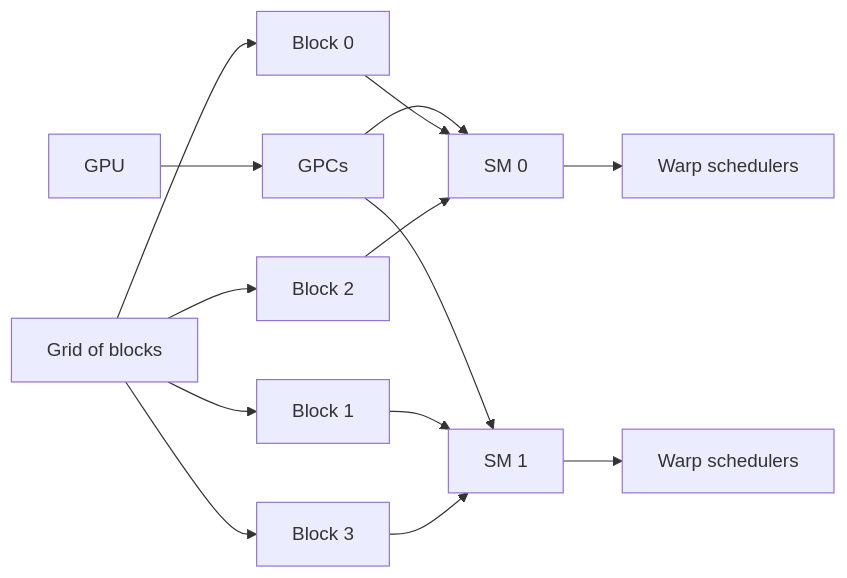
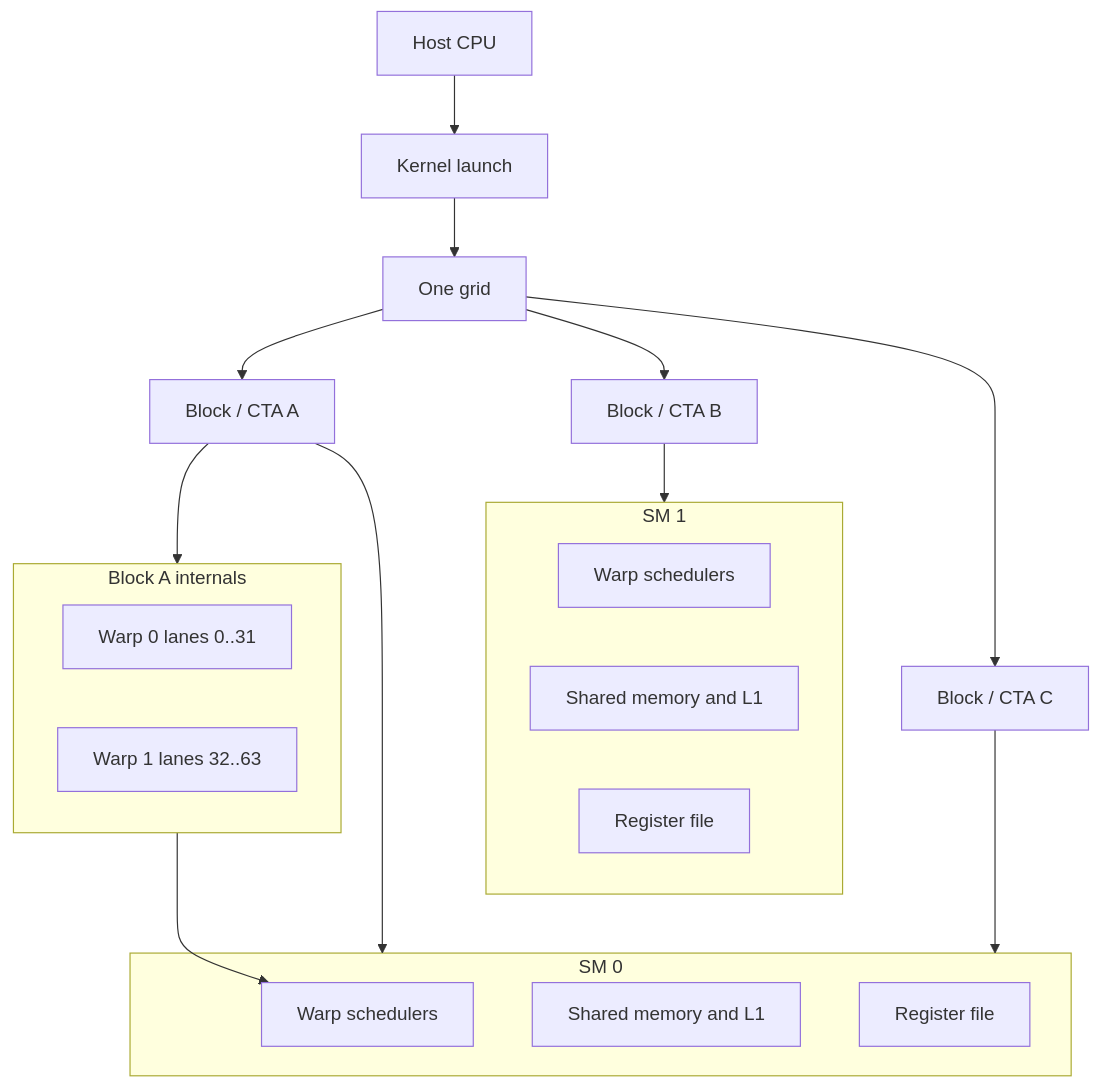
Before and after one commit to nawab-ali/mlsys-prep: the first of 5 diagrams in nvidia/02_gpu_execution_model.md, drawn with Mermaid. The commit also changed other lines of this file, not shown here.

Commit message:
Refresh NVIDIA GPU execution model module

````diff
--- a/nvidia/02_gpu_execution_model.md
+++ b/nvidia/02_gpu_execution_model.md
@@ -169,19 +257,38 @@
 ```mermaid
-flowchart LR
-    Grid[Grid of blocks] --> B0[Block 0]
-    Grid --> B1[Block 1]
-    Grid --> B2[Block 2]
-    Grid --> B3[Block 3]
+flowchart TB
+    Host[Host CPU]
+    Launch[Kernel launch]
+    Grid[One grid]
+    BlockA[Block / CTA A]
+    BlockB[Block / CTA B]
+    BlockC[Block / CTA C]
 
-    GPU[GPU] --> GPC[GPCs]
-    GPC --> SM0[SM 0]
-    GPC --> SM1[SM 1]
+    subgraph SA[Block A internals]
+      Warp0[Warp 0 lanes 0..31]
+      Warp1[Warp 1 lanes 32..63]
+    end
 
-    B0 --> SM0
-    B1 --> SM1
-    B2 --> SM0
-    B3 --> SM1
+    subgraph SM0[SM 0]
+      Sched0[Warp schedulers]
+      Shared0[Shared memory and L1]
+      Reg0[Register file]
+    end
 
-    SM0 --> WS0[Warp schedulers]
-    SM1 --> WS1[Warp schedulers]
+    subgraph SM1[SM 1]
+      Sched1[Warp schedulers]
+      Shared1[Shared memory and L1]
+      Reg1[Register file]
+    end
+
+    Host --> Launch --> Grid
+    Grid --> BlockA
+    Grid --> BlockB
+    Grid --> BlockC
+
+    BlockA --> SA
+    BlockA --> SM0
+    BlockB --> SM1
+    BlockC --> SM0
+
+    SA --> Sched0
 ```
````
